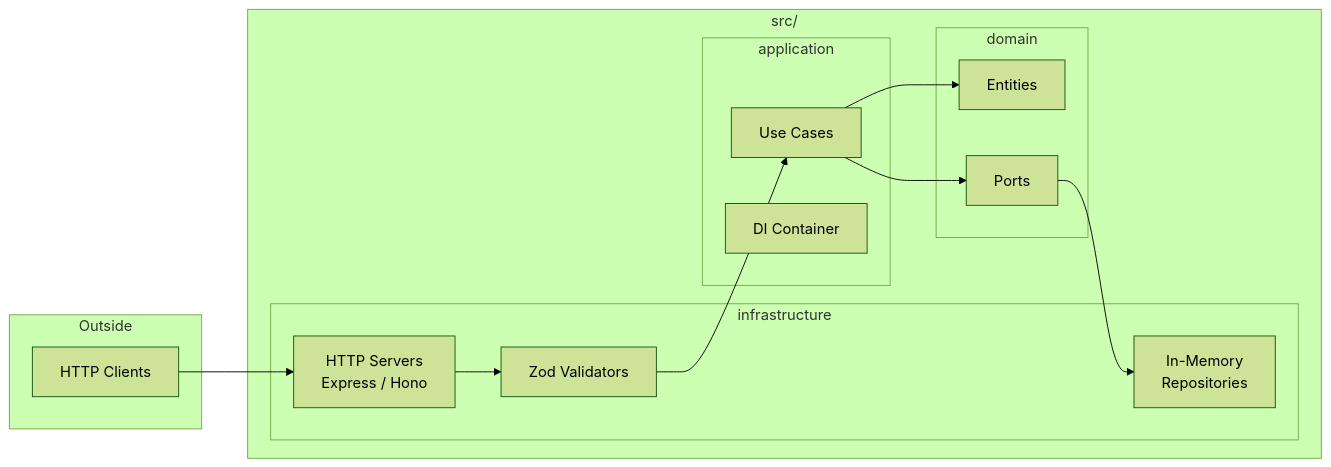
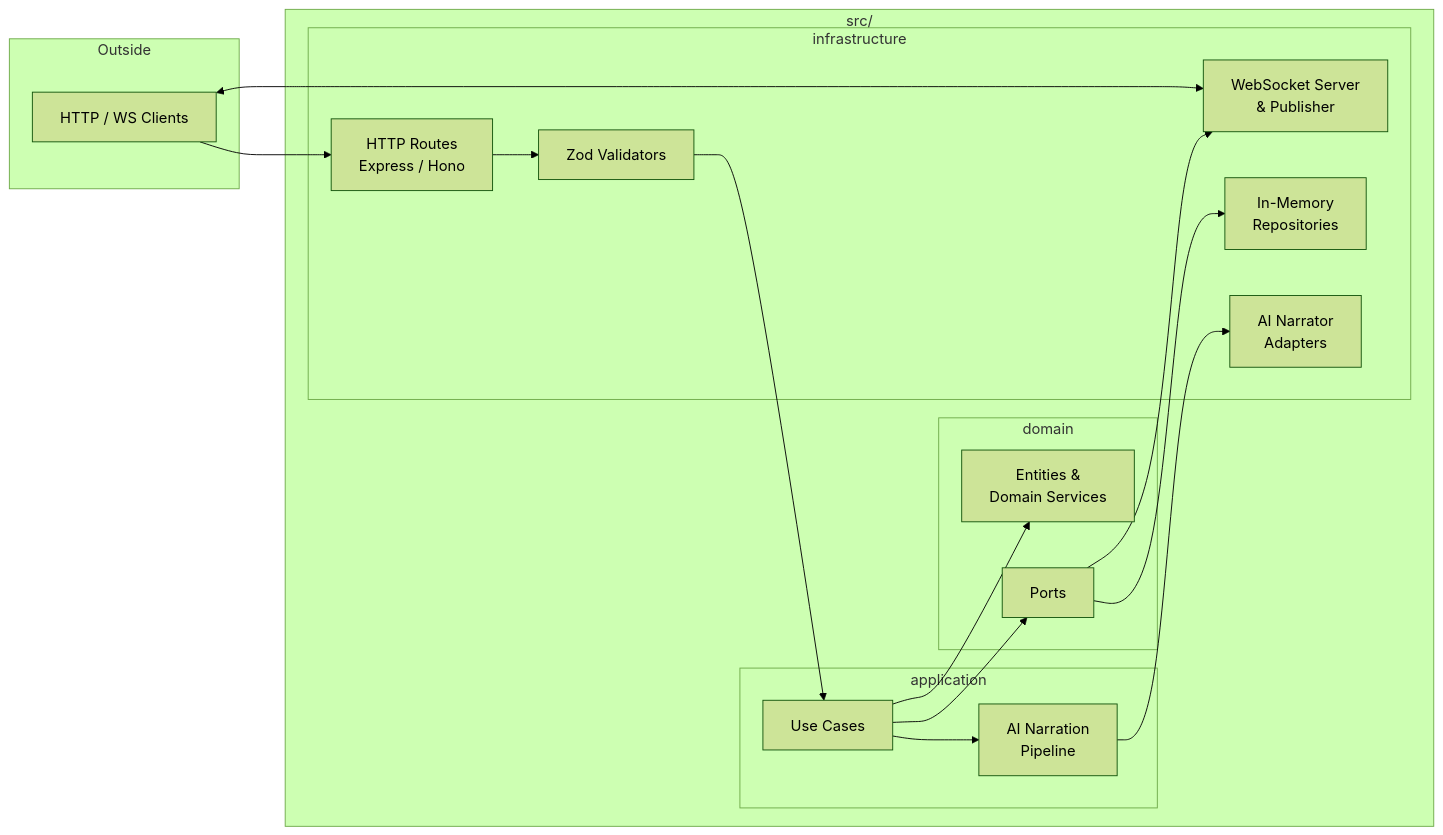
Before and after one commit to MohamedAljoke/social-deduction-game: the second of 6 diagrams in backend/docs/architecture.md, drawn with Mermaid (forest theme). The commit also changed other lines of this file and 21 other files, not shown here.

````diff
--- a/backend/docs/architecture.md
+++ b/backend/docs/architecture.md
@@ -101,31 +146,37 @@
 ```mermaid
 flowchart LR
     subgraph "Outside"
-        Client[HTTP Clients]
+        Client[HTTP / WS Clients]
     end
 
     subgraph "src/"
     subgraph "infrastructure"
-        HTTP[HTTP Servers<br/>Express / Hono]
+        HTTP[HTTP Routes<br/>Express / Hono]
+        WS[WebSocket Server<br/>& Publisher]
         Validators[Zod Validators]
         Persistence[In-Memory<br/>Repositories]
+        AI[AI Narrator<br/>Adapters]
     end
 
     subgraph "application"
         UseCases[Use Cases]
-        Container[DI Container]
+        Narration[AI Narration<br/>Pipeline]
     end
 
         subgraph "domain"
-            Entities[Entities]
+            Entities[Entities &<br/>Domain Services]
             Ports[Ports]
         end
     end
 
     Client --> HTTP
+    Client <--> WS
     HTTP --> Validators
     Validators --> UseCases
+    UseCases --> Narration
     UseCases --> Ports
     UseCases --> Entities
     Ports --> Persistence
+    Ports --> WS
+    Narration --> AI
 ```
````
